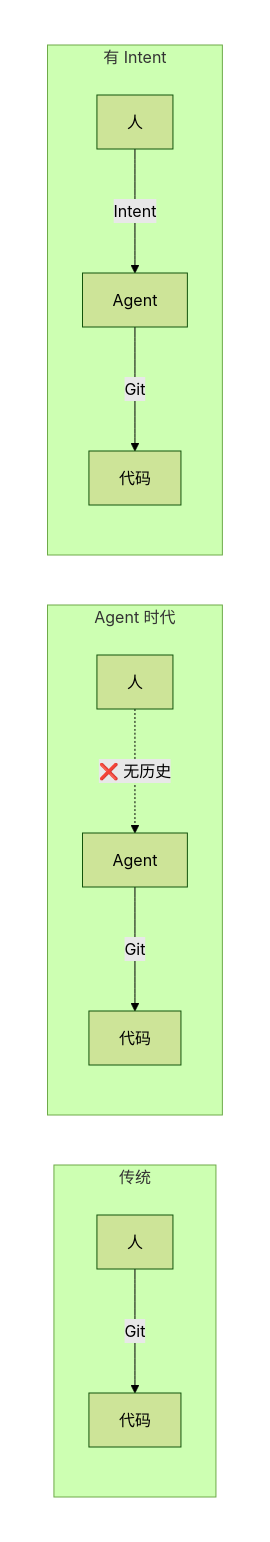
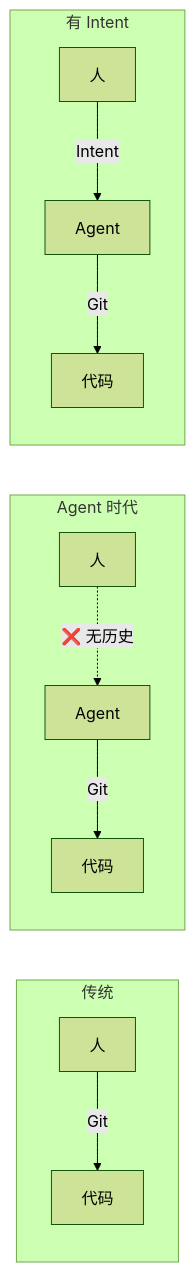
The diagram in README.CN.md (dozybot001/Intent), drawn with Mermaid (forest theme) before and after one commit. The commit also changed 1 other file, not shown here.

Commit message:
Fix Mermaid diagram to render as three horizontal columns
Use top-level flowchart LR instead of nested direction LR,
which GitHub's Mermaid renderer does not support.

````diff
--- a/README.CN.md
+++ b/README.CN.md
@@ -17,33 +17,17 @@
 ```mermaid
-flowchart TB
-  subgraph compare[" "]
-    direction LR
-
-    subgraph traditional["传统"]
-      direction TB
-      th["人"]
-      tc["代码"]
-      th -->|"Git"| tc
-    end
-
-    subgraph agent["Agent 时代"]
-      direction TB
-      ah["人"]
-      aa["Agent"]
-      ac["代码"]
-      ah -. "❌ 无历史" .-> aa
-      aa -->|"Git"| ac
-    end
-
-    subgraph intent["有 Intent"]
-      direction TB
-      ih["人"]
-      ia["Agent"]
-      ic["代码"]
-      ih -->|"Intent"| ia
-      ia -->|"Git"| ic
-    end
+flowchart LR
+  subgraph traditional["传统"]
+    direction TB
+    th["人"] -->|"Git"| tc["代码"]
   end
 
-  style compare fill:transparent,stroke:transparent
+  subgraph agent["Agent 时代"]
+    direction TB
+    ah["人"] -. "❌ 无历史" .-> aa["Agent"] -->|"Git"| ac["代码"]
+  end
+
+  subgraph intent["有 Intent"]
+    direction TB
+    ih["人"] -->|"Intent"| ia["Agent"] -->|"Git"| ic["代码"]
+  end
 ```
````
